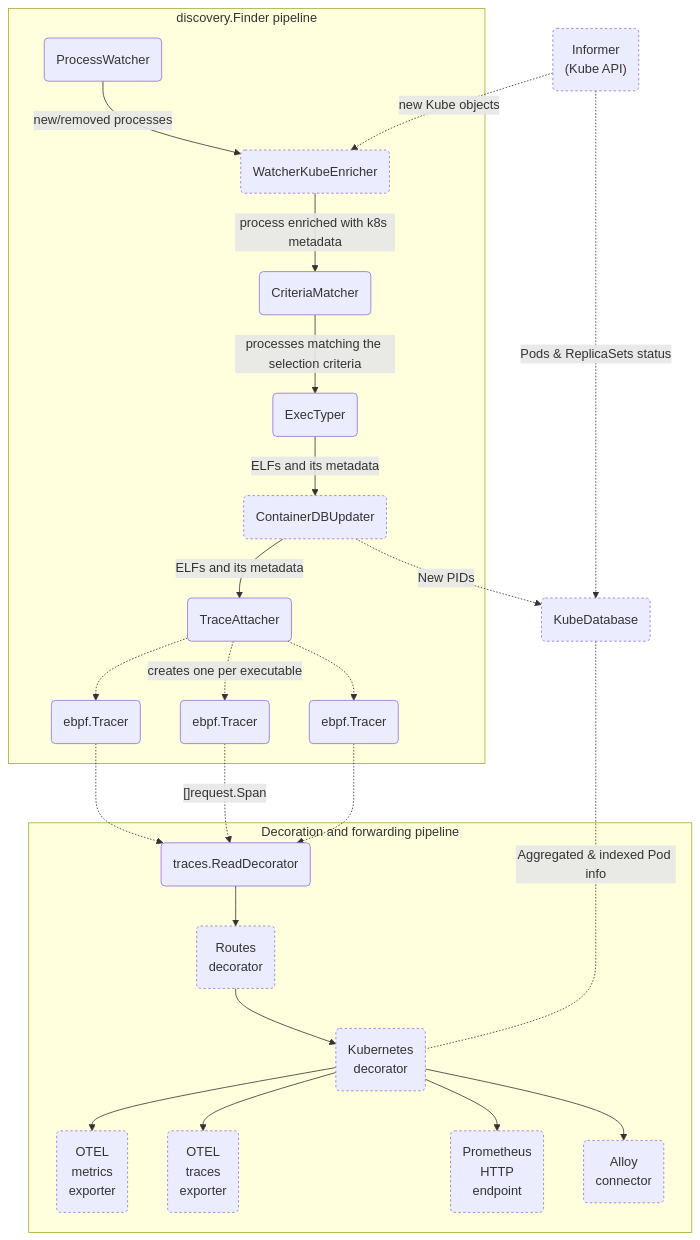
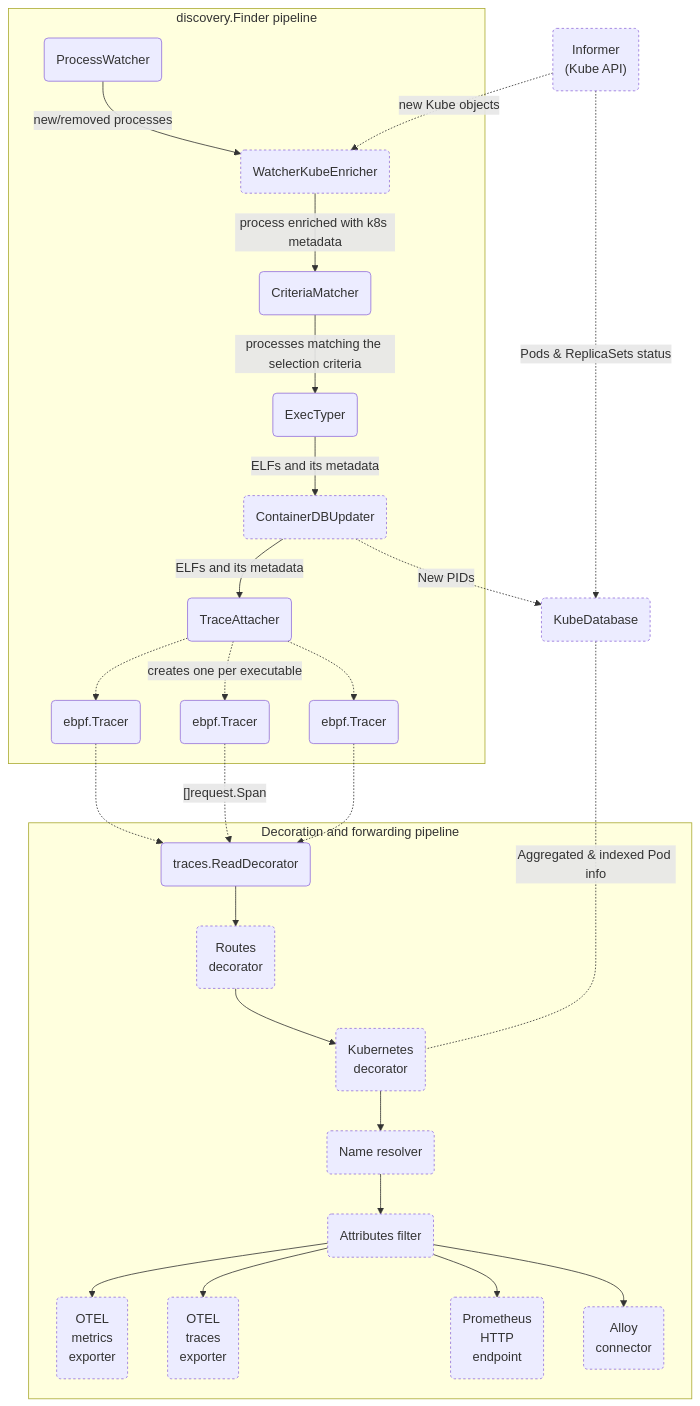
One commit to grafana/beyla changed the first of 2 diagrams in devdocs/pipeline-map.md. Above: the diagram before and after it, drawn with Mermaid. The commit also changed other lines of this file and 2 other files, not shown here.

Commit message:
updated devdocs pipeline

````diff
--- a/devdocs/pipeline-map.md
+++ b/devdocs/pipeline-map.md
@@ -13,30 +13,32 @@
 ```mermaid
 flowchart TD
     classDef optional stroke-dasharray: 3 3;
     subgraph discovery.Finder pipeline
         PW(ProcessWatcher) --> |new/removed processes| KWE
         KWE(WatcherKubeEnricher):::optional --> |process enriched with k8s metadata| CM
         CM(CriteriaMatcher) --> |processes matching the selection criteria| ET(ExecTyper)
         ET --> |ELFs and its metadata| CU
         CU(ContainerDBUpdater):::optional --> |ELFs and its metadata| TA
         TA(TraceAttacher) -.-> EBPF1(ebpf.Tracer)
         TA -.-> |creates one per executable| EBPF2(ebpf.Tracer)
         TA -.-> EBPF3(ebpf.Tracer)
     end
     subgraph Decoration and forwarding pipeline
         EBPF1 -.-> TR
         EBPF2 -.-> |"[]request.Span"| TR
         EBPF3 -.-> TR
         TR(traces.ReadDecorator) --> ROUT(Routes<br/>decorator)
         ROUT:::optional --> KD(Kubernetes<br/>decorator)
-
-        KD:::optional --> OTELM(OTEL<br/> metrics<br/> exporter):::optional
-        KD --> OTELT(OTEL<br/> traces<br/> exporter):::optional
-        KD --> PROM(Prometheus<br/>HTTP<br/>endpoint):::optional
-        KD --> ALLOY(Alloy<br/>connector):::optional
+        KD:::optional --> NR
+        NR(Name resolver):::optional --> AF
+        
+        AF(Attributes filter):::optional --> OTELM(OTEL<br/> metrics<br/> exporter):::optional
+        AF --> OTELT(OTEL<br/> traces<br/> exporter):::optional
+        AF --> PROM(Prometheus<br/>HTTP<br/>endpoint):::optional
+        AF --> ALLOY(Alloy<br/>connector):::optional
     end
     CU -.-> |New PIDs| KDB
     KDB(KubeDatabase):::optional <-.- | Aggregated & indexed Pod info | KD
     IF("Informer<br/>(Kube API)"):::optional -.-> |Pods & ReplicaSets status| KDB
     IF -.-> |new Kube objects| KWE
 ```
````
